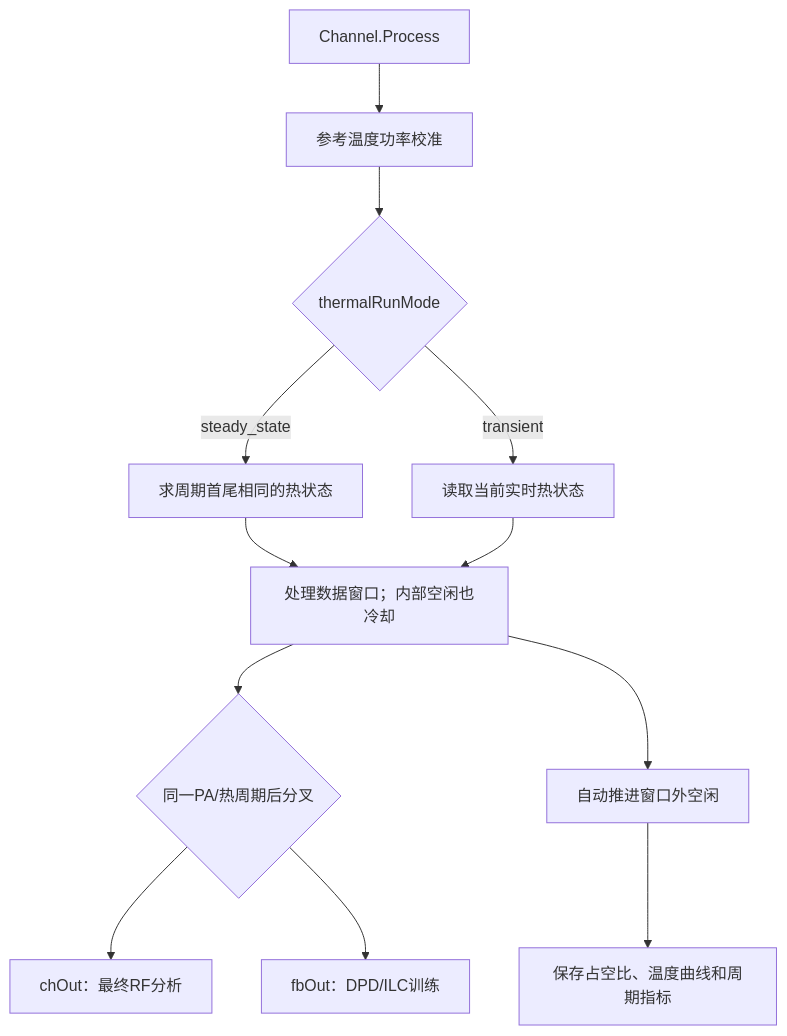
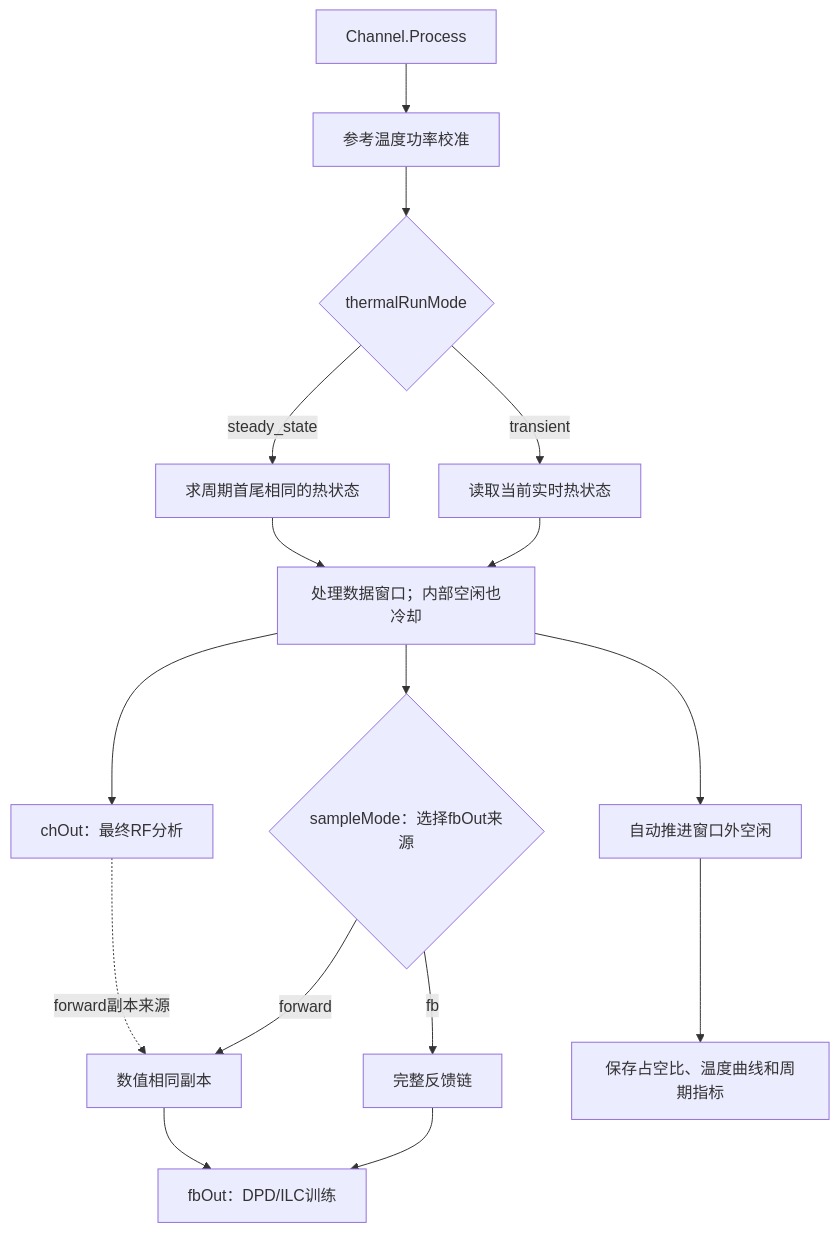
One commit to niyilu45/DPD_ILC changed the second of 2 diagrams in doc/Example.md. Above: the diagram before and after it, drawn with Mermaid. The commit also changed other lines of this file and 16 other files, not shown here.

Commit message:
Align forward channel and feedback outputs

````diff
--- a/doc/Example.md
+++ b/doc/Example.md
@@ -575,14 +575,18 @@
 ```mermaid
 flowchart TD
     call["Channel.Process"] --> calibrate["参考温度功率校准"]
     calibrate --> mode{"thermalRunMode"}
     mode -->|steady_state| solve["求周期首尾相同的热状态"]
     mode -->|transient| live["读取当前实时热状态"]
     solve --> data["处理数据窗口；内部空闲也冷却"]
     live --> data
-    data --> branch{"同一PA/热周期后分叉"}
-    branch --> channelOutput["chOut：最终RF分析"]
-    branch --> feedbackOutput["fbOut：DPD/ILC训练"]
+    data --> channelOutput["chOut：最终RF分析"]
+    data --> sampleMode{"sampleMode：选择fbOut来源"}
+    channelOutput -. "forward副本来源" .-> forwardCopy["数值相同副本"]
+    sampleMode -->|forward| forwardCopy
+    sampleMode -->|fb| feedbackChain["完整反馈链"]
+    forwardCopy --> feedbackOutput["fbOut：DPD/ILC训练"]
+    feedbackChain --> feedbackOutput
     data --> idle["自动推进窗口外空闲"]
     idle --> metrics["保存占空比、温度曲线和周期指标"]
 ```
````
